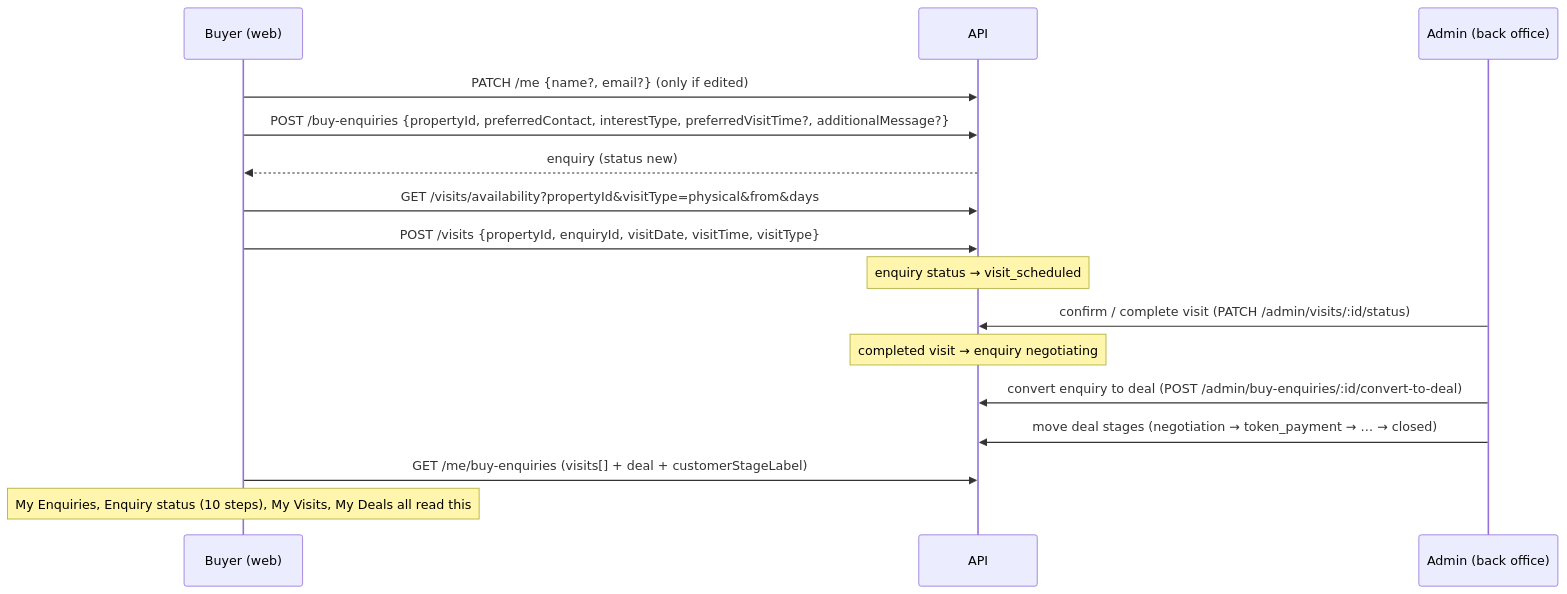
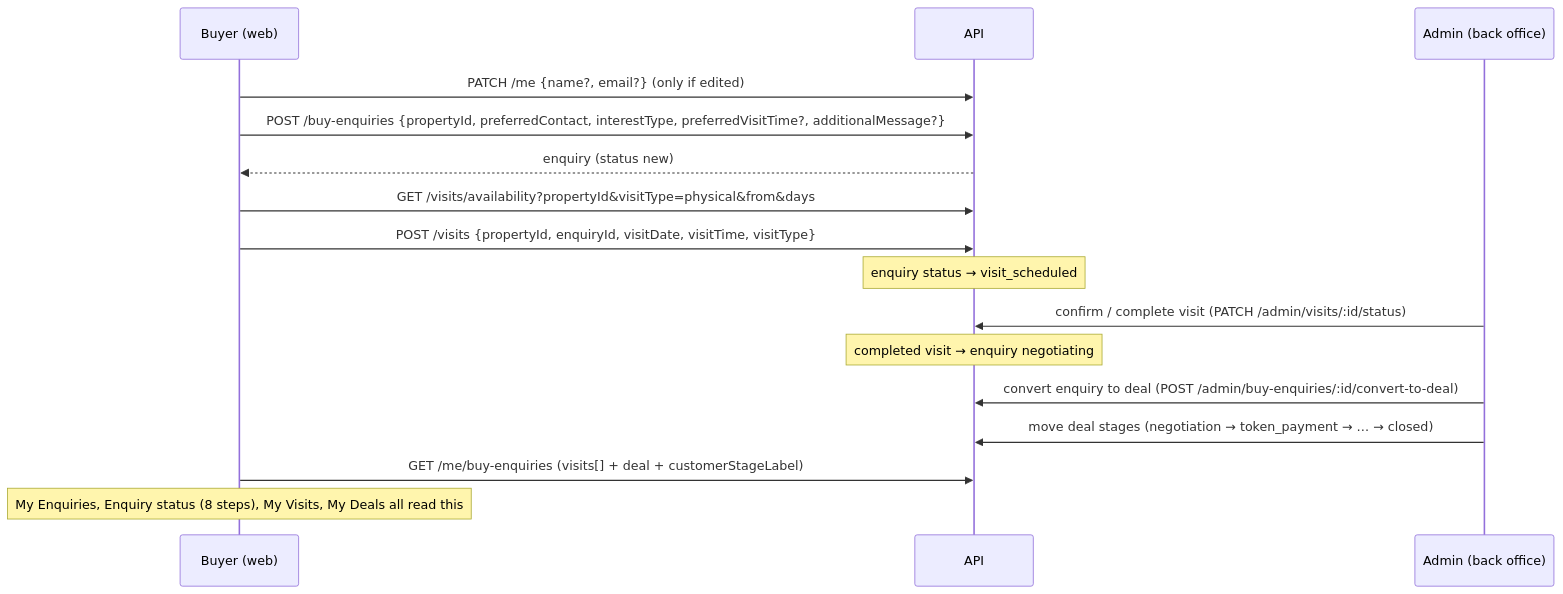
The sixth of 12 diagrams in docs/WORKFLOWS.md (Marveltechapps/BuiltGlory-webapp-Frontend), drawn with Mermaid before and after one commit. The commit also changed 35 other files, not shown here.

````diff
--- a/docs/WORKFLOWS.md
+++ b/docs/WORKFLOWS.md
@@ -123,18 +123,18 @@
 ```mermaid
 sequenceDiagram
   participant B as Buyer (web)
   participant API
   participant A as Admin (back office)
   B->>API: PATCH /me {name?, email?} (only if edited)
   B->>API: POST /buy-enquiries {propertyId, preferredContact, interestType, preferredVisitTime?, additionalMessage?}
   API-->>B: enquiry (status new)
   B->>API: GET /visits/availability?propertyId&visitType=physical&from&days
   B->>API: POST /visits {propertyId, enquiryId, visitDate, visitTime, visitType}
   Note over API: enquiry status → visit_scheduled
   A->>API: confirm / complete visit (PATCH /admin/visits/:id/status)
   Note over API: completed visit → enquiry negotiating
   A->>API: convert enquiry to deal (POST /admin/buy-enquiries/:id/convert-to-deal)
   A->>API: move deal stages (negotiation → token_payment → … → closed)
   B->>API: GET /me/buy-enquiries (visits[] + deal + customerStageLabel)
-  Note over B: My Enquiries, Enquiry status (10 steps), My Visits, My Deals all read this
+  Note over B: My Enquiries, Enquiry status (8 steps), My Visits, My Deals all read this
 ```
````
